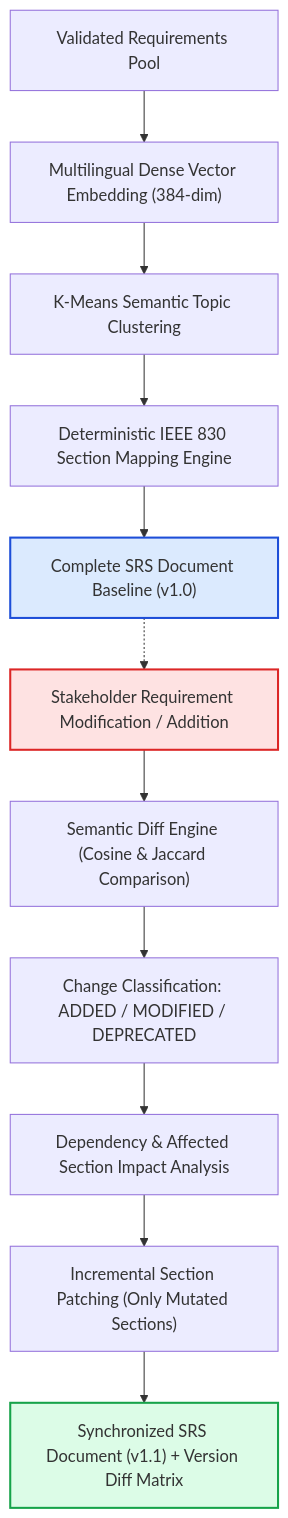
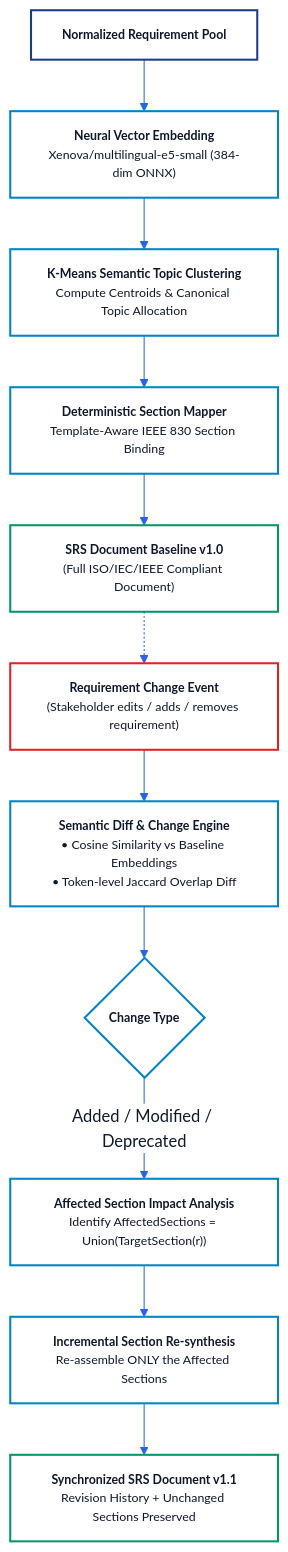
One commit to ValayaDase/Aether changed the fourth of 7 diagrams in PROJECT_RESEARCH_ALGORITHMS_AND_ARCHITECTURE.md. Above: the diagram before and after it, drawn with Mermaid. The commit also changed other lines of this file and 3 other files, not shown here.

Commit message:
docs: add formal research specification, high-visibility flowcharts, algorithms, and technical PDF report

````diff
--- a/PROJECT_RESEARCH_ALGORITHMS_AND_ARCHITECTURE.md
+++ b/PROJECT_RESEARCH_ALGORITHMS_AND_ARCHITECTURE.md
@@ -142,18 +156,20 @@
 ```mermaid
+%%{init: {'theme': 'base', 'themeVariables': {'primaryColor': '#ffffff', 'primaryTextColor': '#0f172a', 'primaryBorderColor': '#2563eb', 'lineColor': '#2563eb'}}}%%
 flowchart TD
-    A["Validated Requirements Pool"] --> B["Multilingual Dense Vector Embedding (384-dim)"]
-    B --> C["K-Means Semantic Topic Clustering"]
-    C --> D["Deterministic IEEE 830 Section Mapping Engine"]
-    D --> E["Complete SRS Document Baseline (v1.0)"]
-    
-    E -.-> ChangeEvent["Stakeholder Requirement Modification / Addition"]
-    ChangeEvent --> F["Semantic Diff Engine (Cosine & Jaccard Comparison)"]
-    F --> G["Change Classification: ADDED / MODIFIED / DEPRECATED"]
-    G --> H["Dependency & Affected Section Impact Analysis"]
-    H --> I["Incremental Section Patching (Only Mutated Sections)"]
-    I --> J["Synchronized SRS Document (v1.1) + Version Diff Matrix"]
+    classDef default fill:#ffffff,stroke:#1e3a8a,stroke-width:2px,color:#0f172a,font-size:12px;
+    classDef process fill:#ffffff,stroke:#0284c7,stroke-width:2px,color:#0f172a,font-size:12px;
+    classDef version fill:#ffffff,stroke:#059669,stroke-width:2px,color:#0f172a,font-size:12px;
+    classDef change fill:#ffffff,stroke:#dc2626,stroke-width:2px,color:#0f172a,font-size:12px;
 
-    style E fill:#dbeafe,stroke:#1d4ed8,stroke-width:2px
-    style J fill:#dcfce7,stroke:#16a34a,stroke-width:2px
-    style ChangeEvent fill:#fee2e2,stroke:#dc2626,stroke-width:2px
+    Reqs["<b>Normalized Requirement Pool</b>"]:::default --> Vectorize["<b>Neural Vector Embedding</b><br/>Xenova/multilingual-e5-small (384-dim ONNX)"]:::process
+    Vectorize --> KMeans["<b>K-Means Semantic Topic Clustering</b><br/>Compute Centroids & Canonical Topic Allocation"]:::process
+    KMeans --> Mapper["<b>Deterministic Section Mapper</b><br/>Template-Aware IEEE 830 Section Binding"]:::process
+    Mapper --> V1["<b>SRS Document Baseline v1.0</b><br/>(Full ISO/IEC/IEEE Compliant Document)"]:::version
+
+    V1 -.-> Mutation["<b>Requirement Change Event</b><br/>(Stakeholder edits / adds / removes requirement)"]:::change
+    Mutation --> Diff["<b>Semantic Diff & Change Engine</b><br/>• Cosine Similarity vs Baseline Embeddings<br/>• Token-level Jaccard Overlap Diff"]:::process
+    Diff --> Classify{"<b>Change Type</b>"}:::process
+    Classify -->|Added / Modified / Deprecated| Impact["<b>Affected Section Impact Analysis</b><br/>Identify AffectedSections = Union(TargetSection(r))"]:::process
+    Impact --> Patch["<b>Incremental Section Re-synthesis</b><br/>Re-assemble ONLY the Affected Sections"]:::process
+    Patch --> V2["<b>Synchronized SRS Document v1.1</b><br/>Revision History + Unchanged Sections Preserved"]:::version
 ```
````
